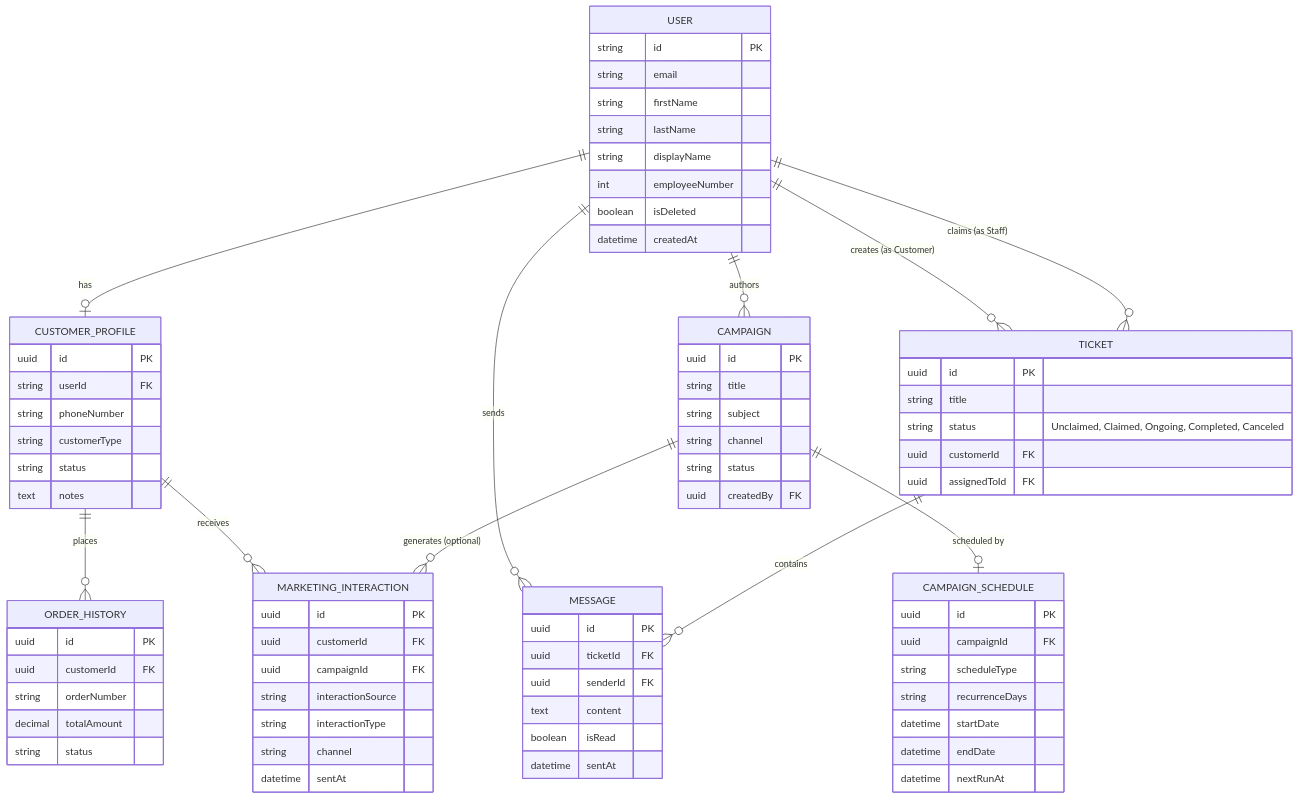
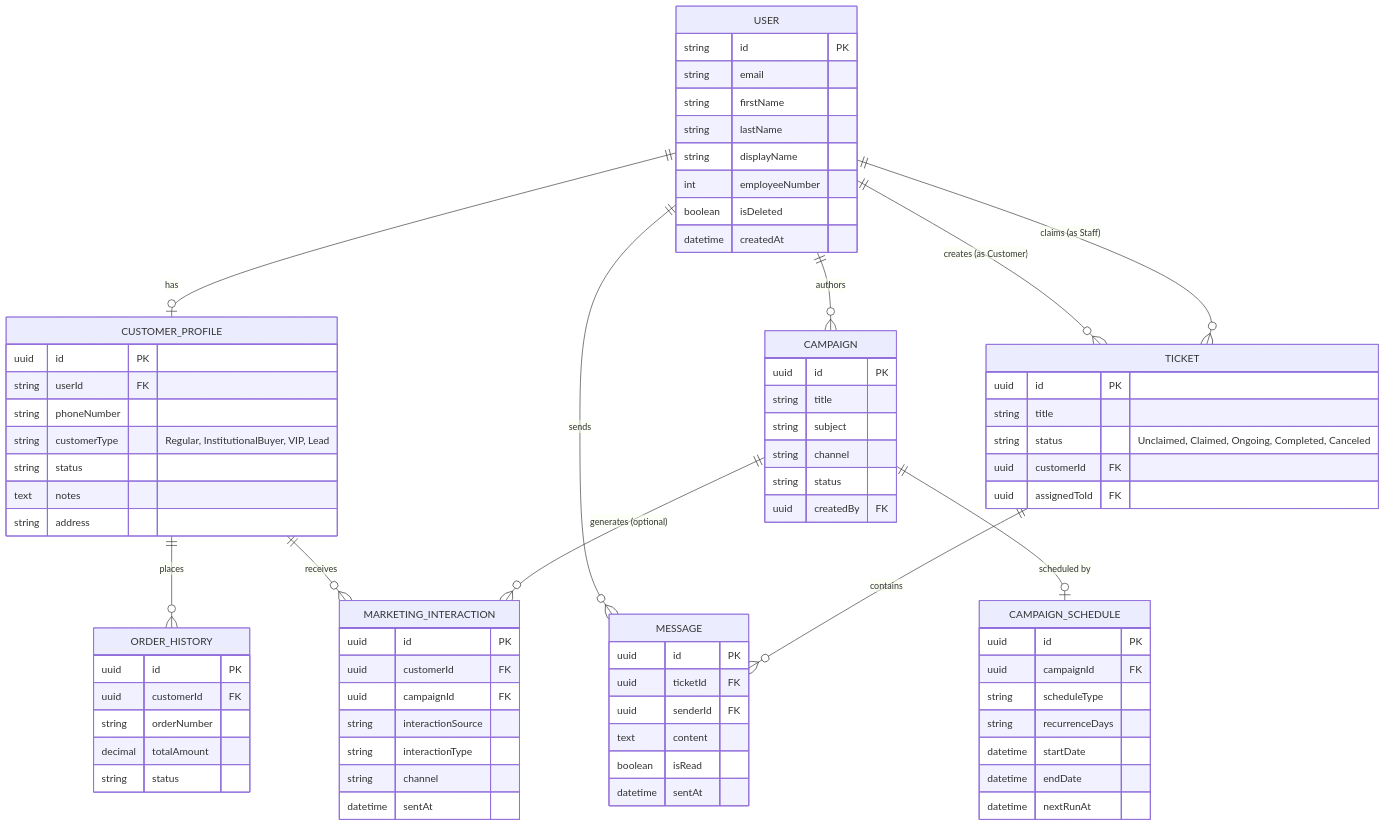
One commit to deveramartin/SentraCX changed the first of 2 diagrams in docs/architecture/crm-data-model.md. Above: the diagram before and after it, drawn with Mermaid. The commit also changed other lines of this file and 1 other file, not shown here.

Commit message:
docs: update CRM data model & add sprint1 customer-profiles implementation plan
- crm-data-model.md: reflect Address field on CustomerProfile; update ER diagram
- Add docs/plans/implementations/sprint1-customer-profiles.md: full
  implementation plan covering Address migration, webhook endpoints, Orders
  guard, web-crm customer profile UI, form/switch primitives, and test coverage

```diff
--- a/docs/architecture/crm-data-model.md
+++ b/docs/architecture/crm-data-model.md
@@ -181,9 +182,10 @@
         uuid id PK
         string userId FK
         string phoneNumber
-        string customerType
+        string customerType "Regular, InstitutionalBuyer, VIP, Lead"
         string status
         text notes
+        string address
     }
 
     CAMPAIGN {
```
